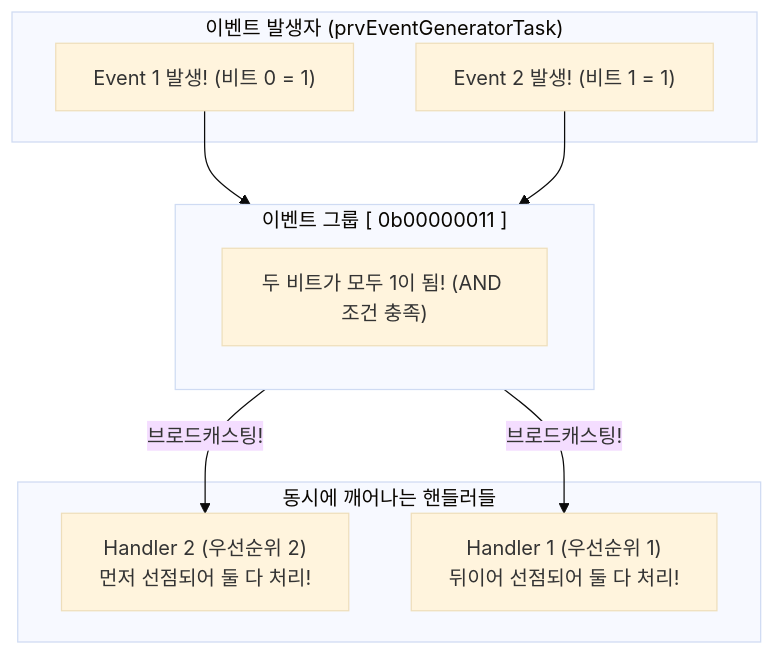
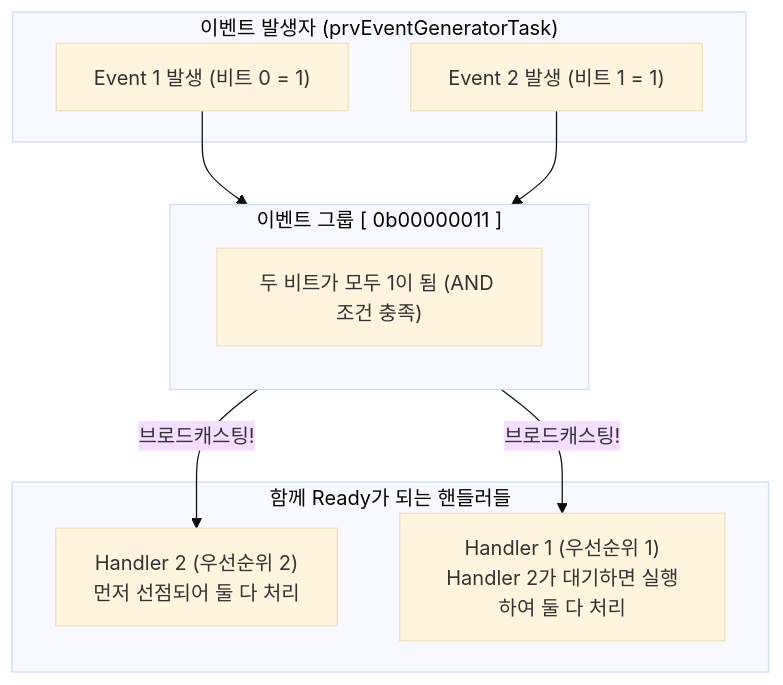
The first of 2 diagrams in ko/guides/tutorial_15.md (yunju-baek/FreeRTOS-Tutorials-ko), drawn with Mermaid (base theme) before and after one commit. The commit also changed other lines of this file and 37 other files, not shown here.

````diff
--- a/ko/guides/tutorial_15.md
+++ b/ko/guides/tutorial_15.md
@@ -46,21 +48,21 @@
 ```mermaid
 flowchart TD
     subgraph Generator["이벤트 발생자 (prvEventGeneratorTask)"]
-        G1["Event 1 발생! (비트 0 = 1)"]
-        G2["Event 2 발생! (비트 1 = 1)"]
+        G1["Event 1 발생 (비트 0 = 1)"]
+        G2["Event 2 발생 (비트 1 = 1)"]
     end
 
     subgraph EventGroup["이벤트 그룹 [ 0b00000011 ]"]
-        EG["두 비트가 모두 1이 됨! (AND 조건 충족)"]
+        EG["두 비트가 모두 1이 됨 (AND 조건 충족)"]
     end
 
-    subgraph Listeners["동시에 깨어나는 핸들러들"]
-        H2["Handler 2 (우선순위 2)<br/>먼저 선점되어 둘 다 처리!"]
-        H1["Handler 1 (우선순위 1)<br/>뒤이어 선점되어 둘 다 처리!"]
+    subgraph Listeners["함께 Ready가 되는 핸들러들"]
+        H2["Handler 2 (우선순위 2)<br/>먼저 선점되어 둘 다 처리"]
+        H1["Handler 1 (우선순위 1)<br/>Handler 2가 대기하면 실행하여 둘 다 처리"]
     end
 
     G1 --> EventGroup
     G2 --> EventGroup
     EventGroup -->|브로드캐스팅!| H2
     EventGroup -->|브로드캐스팅!| H1
 ```
````
